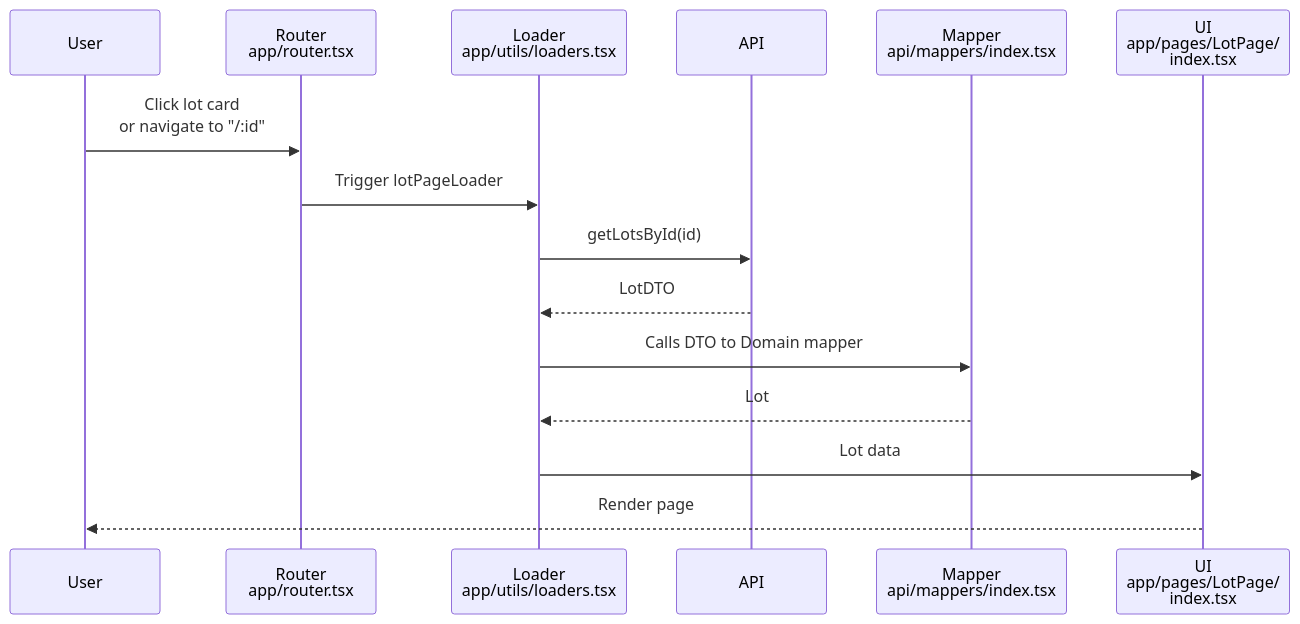
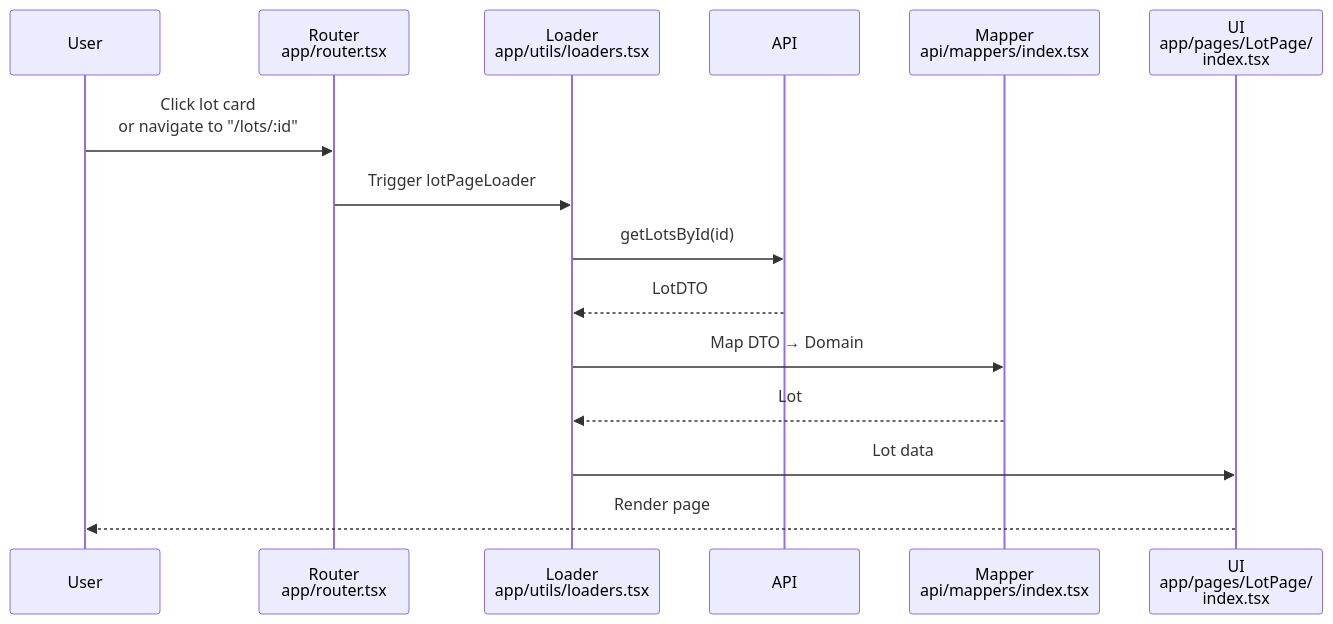
One commit to lairaalmas/reactlots-app changed the fifth of 5 diagrams in app/docs/architecture.md. Above: the diagram before and after it, drawn with Mermaid. The commit also changed other lines of this file and 6 other files, not shown here.

````diff
--- a/app/docs/architecture.md
+++ b/app/docs/architecture.md
@@ -157,20 +172,20 @@
 ```mermaid
 sequenceDiagram
   participant User
   participant Router as Router<br/>app/router.tsx
   participant Loader as Loader<br/>app/utils/loaders.tsx
   participant API
   participant Mapper as Mapper<br/>api/mappers/index.tsx
   participant UI as UI<br/>app/pages/LotPage/<br/>index.tsx
 
-  User->>Router: Click lot card<br/>or navigate to "/:id"
+  User->>Router: Click lot card<br/>or navigate to "/lots/:id"
   Router->>Loader: Trigger lotPageLoader
   Loader->>API: getLotsById(id)
   API-->>Loader: LotDTO
 
-  Loader->>Mapper: Calls DTO to Domain mapper
+  Loader->>Mapper: Map DTO → Domain
   Mapper-->>Loader: Lot
 
   Loader ->> UI: Lot data
   UI-->>User: Render page
 ```
````
